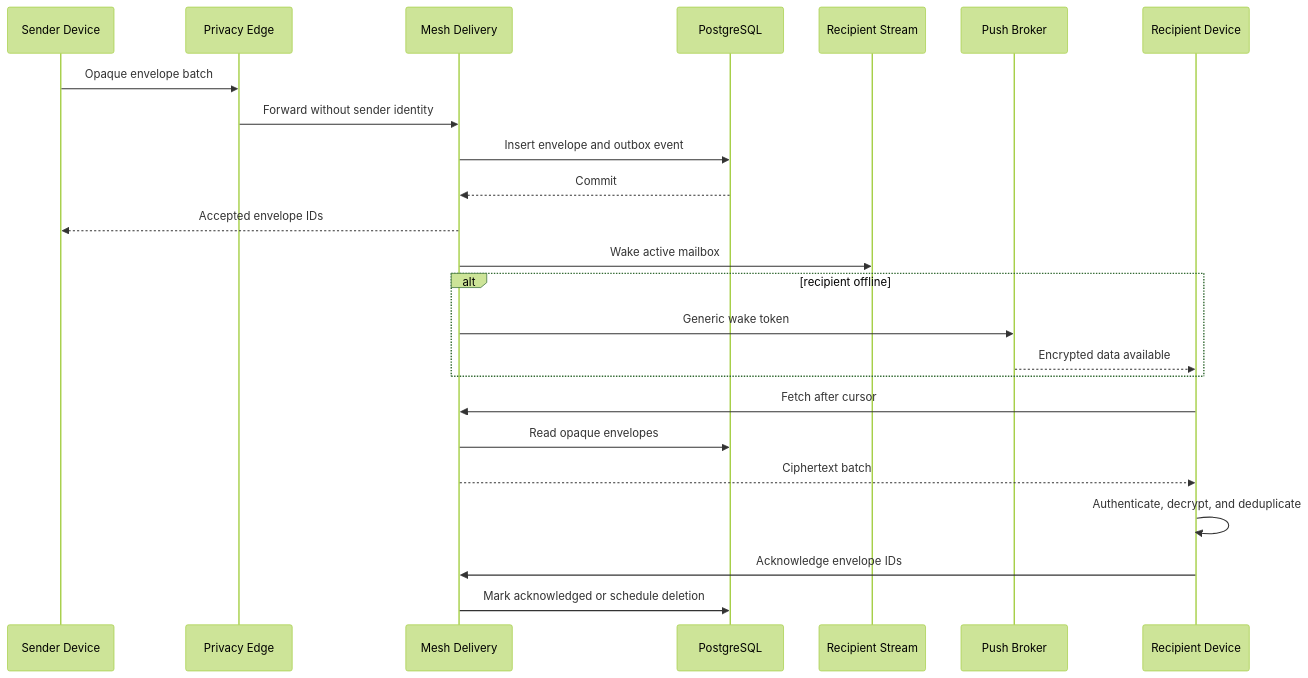
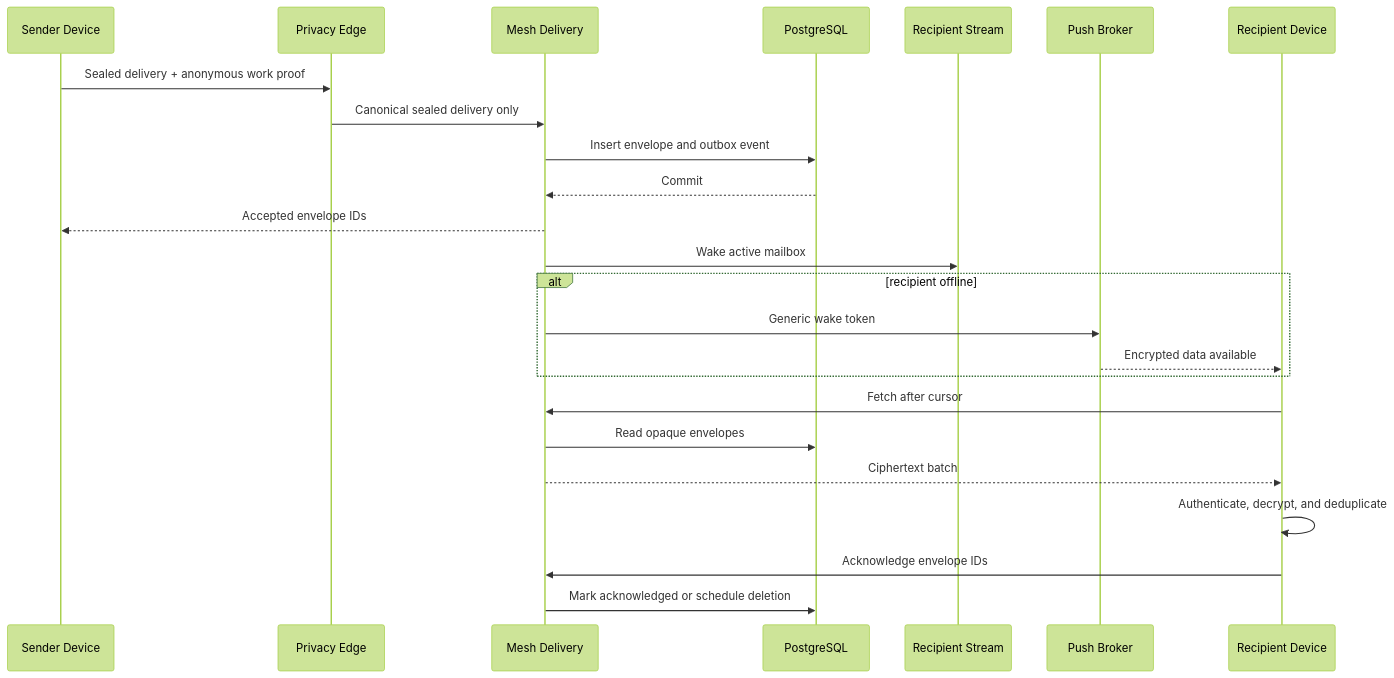
One commit to snowdamiz/whatsdown changed the second of 2 diagrams in mesh-private-messenger/protocol/data-flow.md. Above: the diagram before and after it, drawn with Mermaid (forest theme). The commit also changed 32 other files, not shown here.

Commit message:
add sealed delivery privacy edge

````diff
--- a/mesh-private-messenger/protocol/data-flow.md
+++ b/mesh-private-messenger/protocol/data-flow.md
@@ -73,27 +73,27 @@
 ```mermaid
 sequenceDiagram
   participant Sender as Sender Device
   participant Edge as Privacy Edge
   participant Delivery as Mesh Delivery
   participant DB as PostgreSQL
   participant Stream as Recipient Stream
   participant Push as Push Broker
   participant Recipient as Recipient Device
 
-  Sender->>Edge: Opaque envelope batch
-  Edge->>Delivery: Forward without sender identity
+  Sender->>Edge: Sealed delivery + anonymous work proof
+  Edge->>Delivery: Canonical sealed delivery only
   Delivery->>DB: Insert envelope and outbox event
   DB-->>Delivery: Commit
   Delivery-->>Sender: Accepted envelope IDs
   Delivery->>Stream: Wake active mailbox
   alt recipient offline
     Delivery->>Push: Generic wake token
     Push-->>Recipient: Encrypted data available
   end
   Recipient->>Delivery: Fetch after cursor
   Delivery->>DB: Read opaque envelopes
   Delivery-->>Recipient: Ciphertext batch
   Recipient->>Recipient: Authenticate, decrypt, and deduplicate
   Recipient->>Delivery: Acknowledge envelope IDs
   Delivery->>DB: Mark acknowledged or schedule deletion
 ```
````
